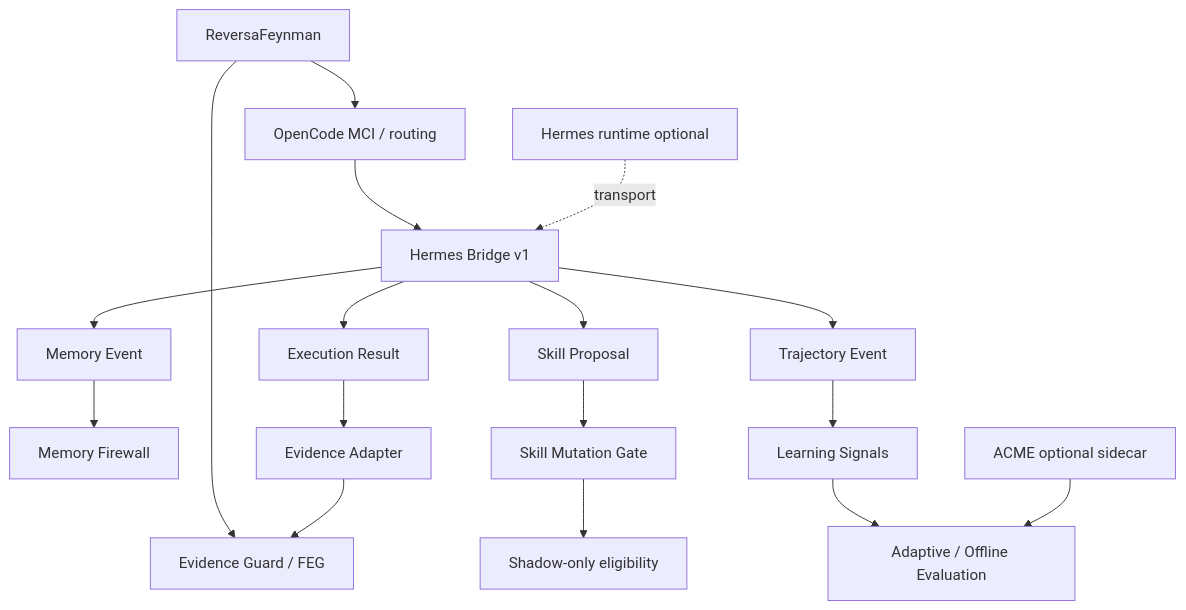
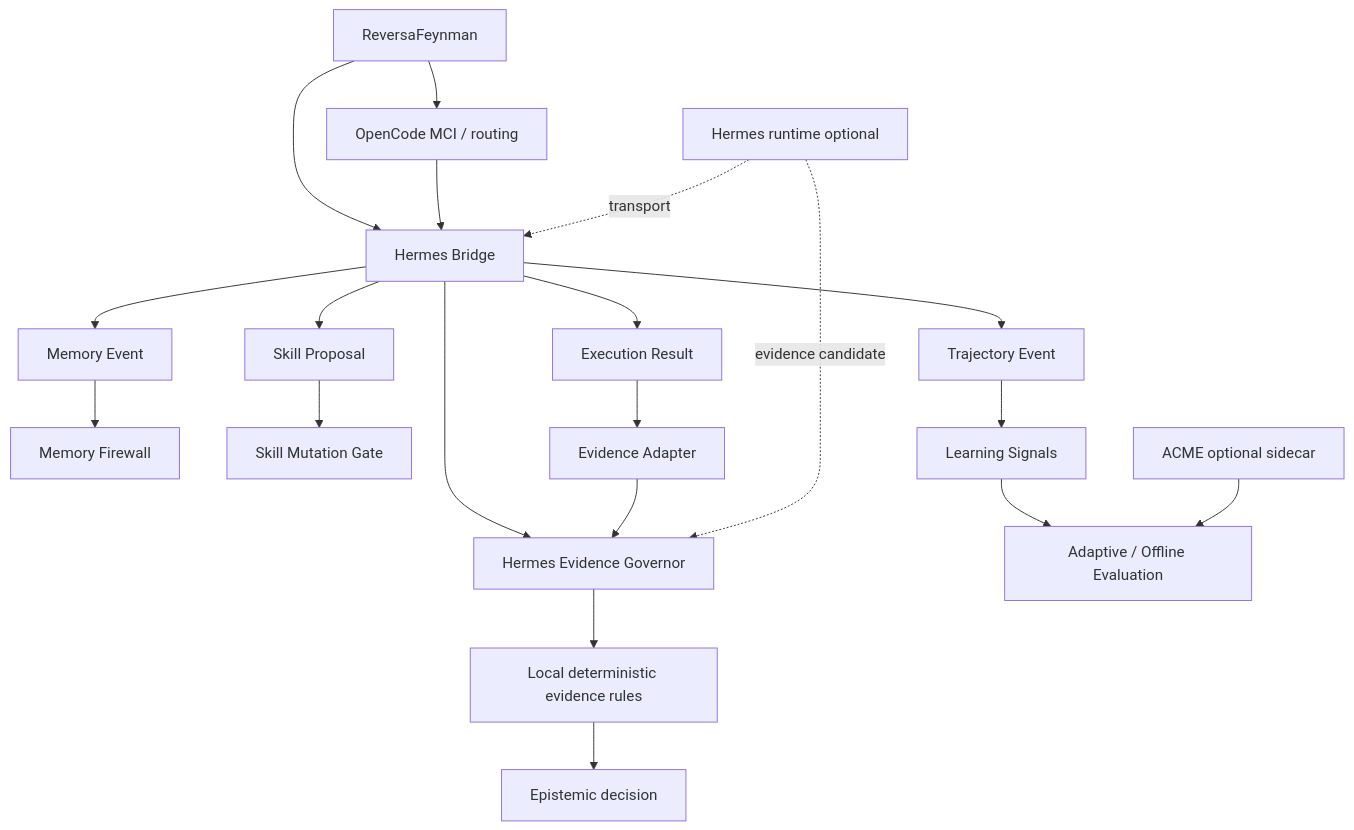
One commit to MarceloClaro/reversa changed the diagram in docs/HERMES-BRIDGE.md. Above: the diagram before and after it, drawn with Mermaid. The commit also changed other lines of this file, not shown here.

Commit message:
docs: atualizar Hermes Bridge para Evidence Governor

````diff
--- a/docs/HERMES-BRIDGE.md
+++ b/docs/HERMES-BRIDGE.md
@@ -54,23 +52,26 @@
 ```mermaid
 flowchart TB
-    RF["ReversaFeynman"] --> EG["Evidence Guard / FEG"]
-    RF --> MCI["OpenCode MCI / routing"]
+    RF["ReversaFeynman"] --> MCI["OpenCode MCI / routing"]
+    RF --> HB["Hermes Bridge"]
+    MCI --> HB
 
-    MCI --> HB["Hermes Bridge v1"]
     HB --> MEM["Memory Event"]
     HB --> SK["Skill Proposal"]
     HB --> TR["Trajectory Event"]
     HB --> EX["Execution Result"]
+    HB --> HEG["Hermes Evidence Governor"]
 
     MEM --> MF["Memory Firewall"]
     SK --> SG["Skill Mutation Gate"]
     TR --> LS["Learning Signals"]
     EX --> EA["Evidence Adapter"]
+    EA --> HEG
+
+    HEG --> RULES["Local deterministic evidence rules"]
+    RULES --> EP["Epistemic decision"]
 
     LS --> OPE["Adaptive / Offline Evaluation"]
-    SG --> SH["Shadow-only eligibility"]
-    EA --> EG
-
     ACME["ACME optional sidecar"] --> OPE
     HERMES["Hermes runtime optional"] -. transport .-> HB
+    HERMES -. evidence candidate .-> HEG
 ```
````
